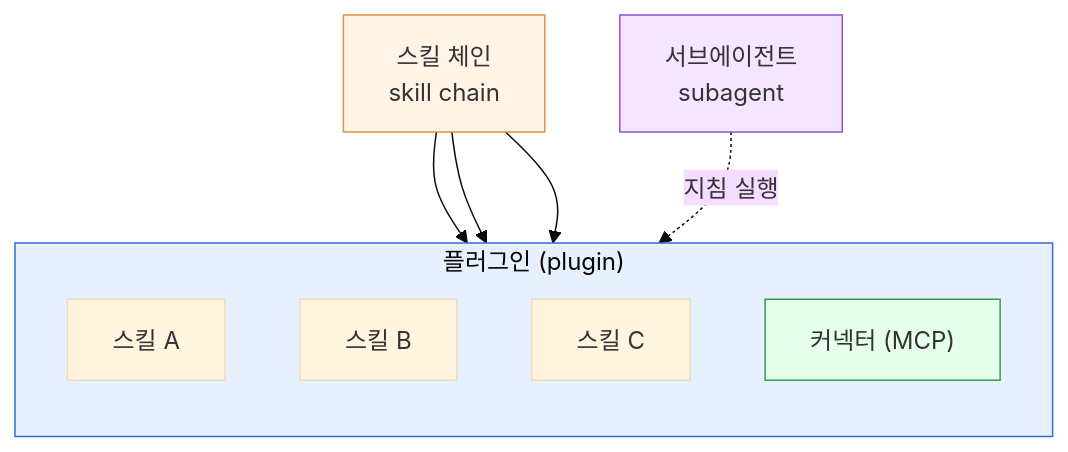
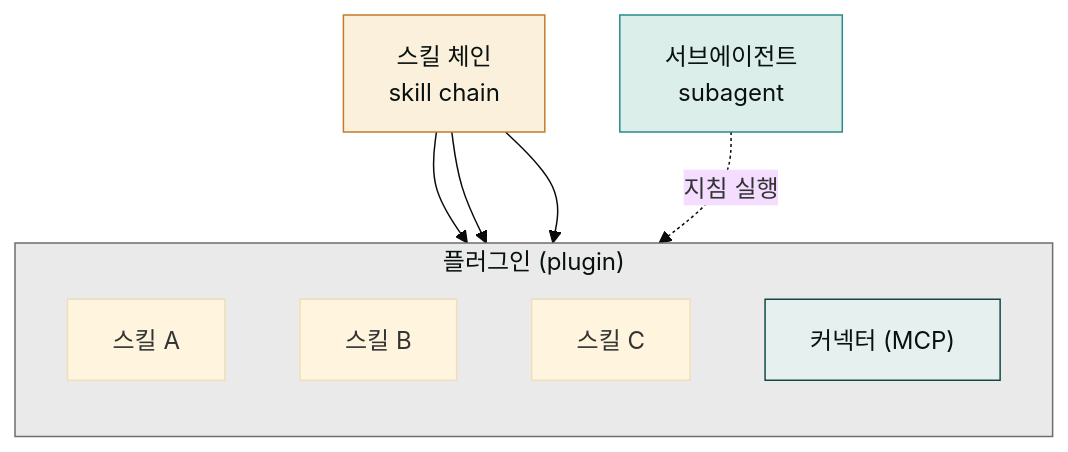
The diagram in content/cowork/glossary.md (modu-ai/claude), drawn with Mermaid (base theme) before and after one commit. The commit also changed 97 other files, not shown here.

First line of the commit message:
style(docs-site): mermaid 색상 브랜드 정합 + 라이트 테마 단일화

````diff
--- a/content/cowork/glossary.md
+++ b/content/cowork/glossary.md
@@ -25,22 +25,22 @@
 ```mermaid
 flowchart TB
     subgraph Plugin["플러그인 (plugin)"]
         direction TB
         S1["스킬 A"]
         S2["스킬 B"]
         S3["스킬 C"]
         Conn["커넥터 (MCP)"]
     end
 
     Chain["스킬 체인<br/>skill chain"]
     Chain --> S1
     Chain --> S2
     Chain --> S3
     Sub["서브에이전트<br/>subagent"]
     Sub -.->|지침 실행| S1
 
-    style Plugin fill:#e6f0ff,stroke:#3070d0
-    style Chain fill:#fff4e6,stroke:#e09040
-    style Sub fill:#f5e6ff,stroke:#9050d0
-    style Conn fill:#e6ffec,stroke:#30a050
+    style Plugin fill:#eaeaea,stroke:#6e6e6e,color:#09110f
+    style Chain fill:#fbf0dc,stroke:#c47b2a,color:#09110f
+    style Sub fill:#dceee9,stroke:#2a8a8c,color:#09110f
+    style Conn fill:#e6f0ef,stroke:#144a46,color:#09110f
 ```
````
